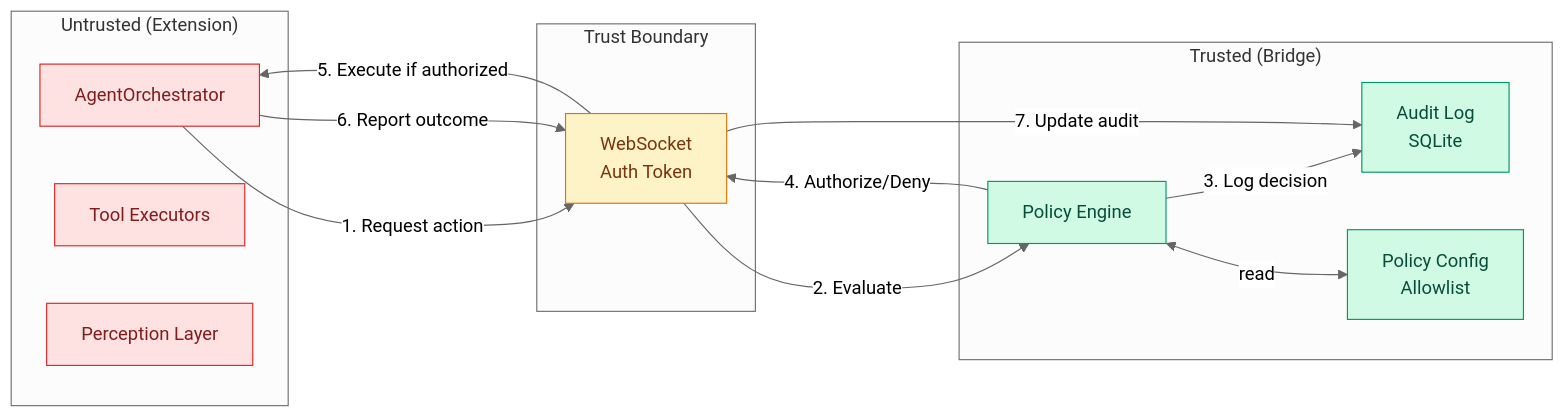
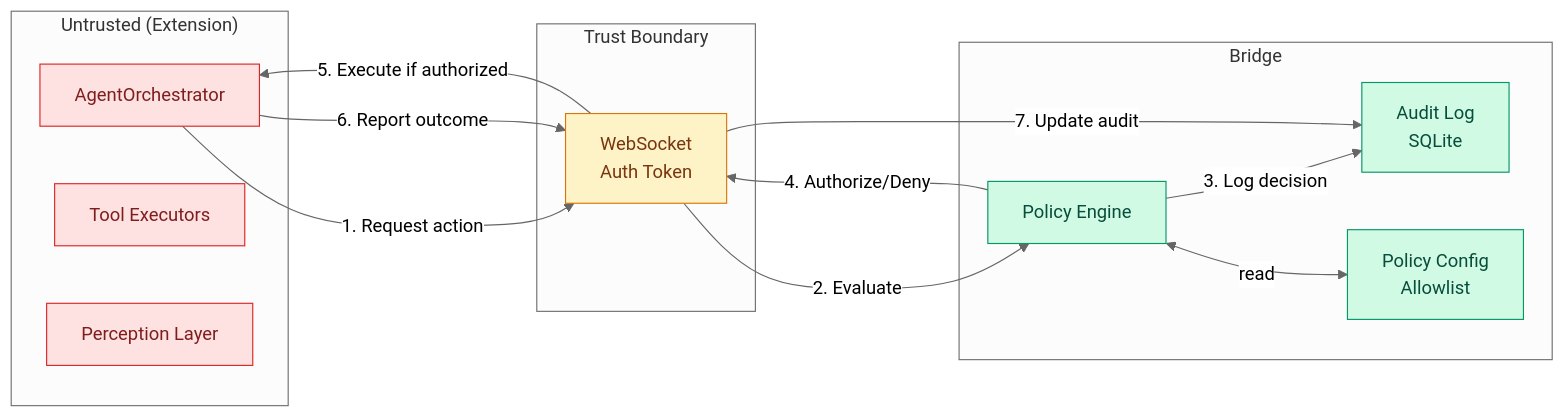
Before and after one commit to HoldTroop/Momo: the third of 3 diagrams in docs/ARCHITECTURE.md, drawn with Mermaid (neutral theme). The commit also changed other lines of this file and 4 other files, not shown here.

````diff
--- a/docs/ARCHITECTURE.md
+++ b/docs/ARCHITECTURE.md
@@ -148,35 +196,35 @@
 ```mermaid
 graph LR
     subgraph Untrusted["Untrusted (Extension)"]
         Orch[AgentOrchestrator]
         Tools[Tool Executors]
         Perc[Perception Layer]
     end
 
     subgraph TrustBoundary["Trust Boundary"]
         WS[WebSocket<br/>Auth Token]
     end
 
-    subgraph Trusted["Trusted (Bridge)"]
+    subgraph Trusted["Bridge"]
         Policy[Policy Engine]
         Audit[Audit Log<br/>SQLite]
         Config[Policy Config<br/>Allowlist]
     end
 
     Orch -->|1. Request action| WS
     WS -->|2. Evaluate| Policy
     Policy <-->|read| Config
     Policy -->|3. Log decision| Audit
     Policy -->|4. Authorize/Deny| WS
     WS -->|5. Execute if authorized| Orch
     Orch -->|6. Report outcome| WS
     WS -->|7. Update audit| Audit
 
     classDef untrusted fill:#fee2e2,stroke:#dc2626,color:#7f1d1d
     classDef boundary fill:#fef3c7,stroke:#d97706,color:#78350f
     classDef trusted fill:#d1fae5,stroke:#059669,color:#064e3b
 
     class Orch,Tools,Perc untrusted
     class WS boundary
     class Policy,Audit,Config trusted
 ```
````
